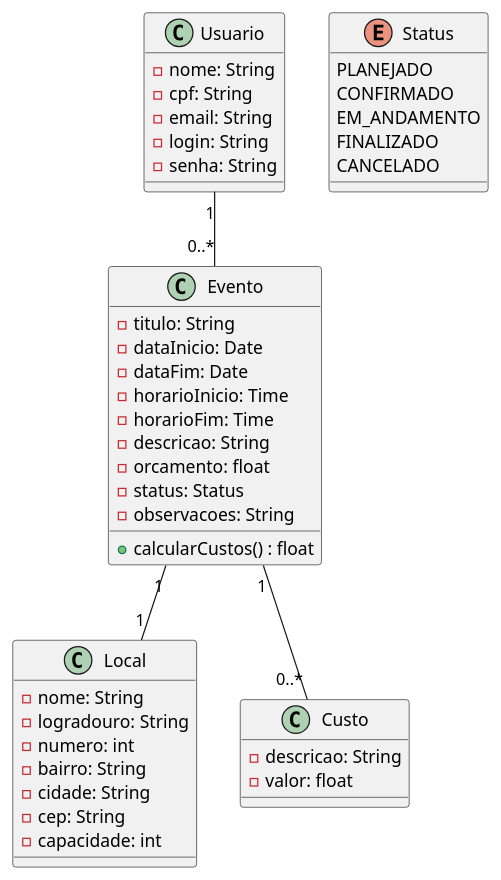
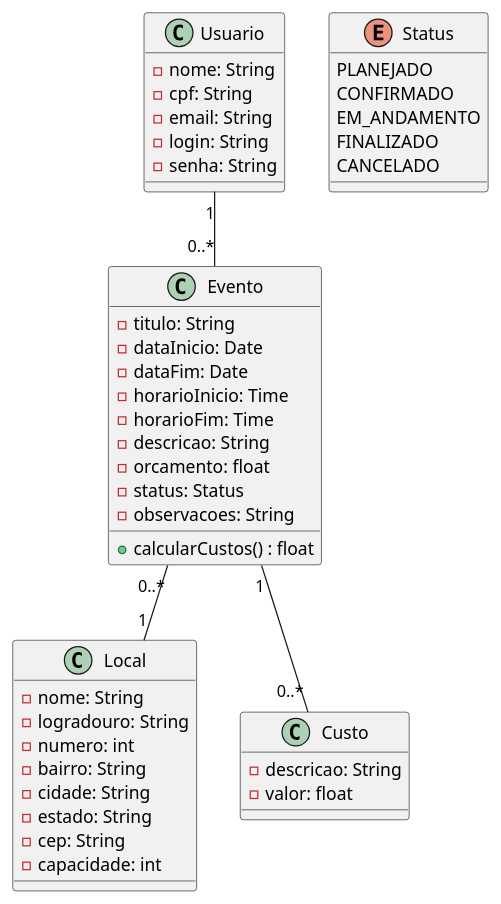
The diagram in diagrama.iuml (RenanCosta2/gerenciamento-eventos), drawn with PlantUML before and after one commit.

Commit message:
docs: adicionado campo estado no l local

```diff
--- a/diagrama.iuml
+++ b/diagrama.iuml
@@ -1,52 +1,53 @@
 @startuml Gerenciamento de Eventos
 
 class Usuario{
     - nome: String
     - cpf: String
     - email: String
     - login: String
     - senha: String
 }
 
 class Evento{
     - titulo: String
     - dataInicio: Date
     - dataFim: Date
     - horarioInicio: Time
     - horarioFim: Time
     - descricao: String
     - orcamento: float
     - status: Status
     - observacoes: String
 }
 
 Evento : + calcularCustos() : float
 
 class Local{
     - nome: String
     - logradouro: String
     - numero: int
     - bairro: String
     - cidade: String
+    - estado: String
     - cep: String
     - capacidade: int
 }
 
 class Custo{
     - descricao: String
     - valor: float
 }
 
 enum Status {
     PLANEJADO
     CONFIRMADO
     EM_ANDAMENTO
     FINALIZADO
     CANCELADO
 }
 
 Usuario "1" -- "0..*" Evento
 Evento "1" -- "0..*" Custo
-Evento "1" -- "1" Local
+Evento "0..*" -- "1" Local
 
 @enduml
```
